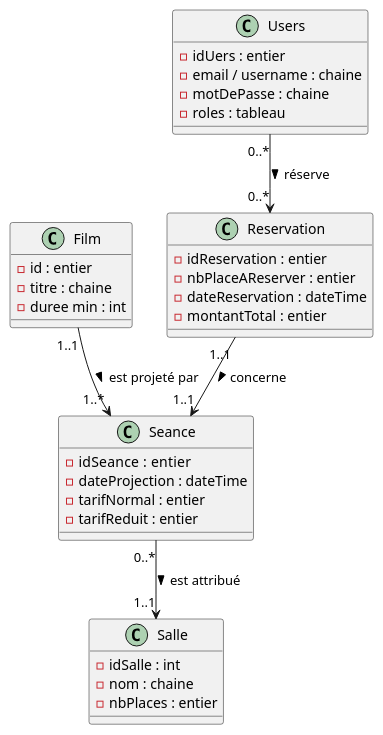
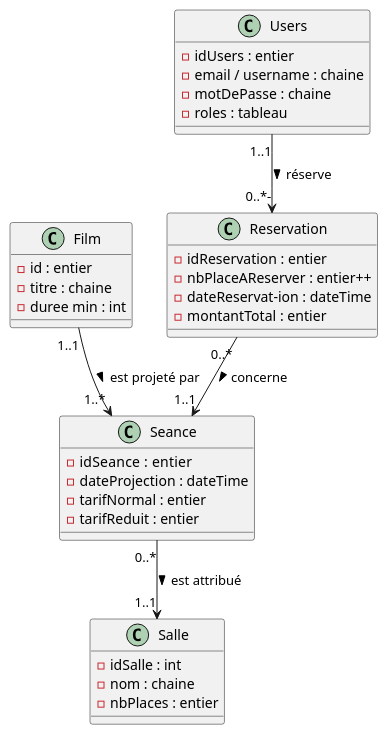
The diagram in documentation/diagramme_de_classe.puml (fadel-amar/Api_cinema), drawn with PlantUML before and after one commit. The commit also changed other lines of this file and 16 other files, not shown here.

```diff
--- a/documentation/diagramme_de_classe.puml
+++ b/documentation/diagramme_de_classe.puml
@@ -1,46 +1,47 @@
 @startuml
 'https://plantuml.com/class-diagram
 'skinparam classAttributeIconSize 0
 
 
 Class Salle {
 - idSalle : int
 - nom : chaine
 - nbPlaces : entier
 }
 
 
 Class Seance {
 - idSeance  : entier
 - dateProjection : dateTime
 - tarifNormal : entier
 - tarifReduit : entier
 }
 
 
 Class Film {
 - id : entier
 - titre : chaine
 - duree min : int
 }
 
 Class Users {
-- idUers : entier
+- idUsers : entier
 - email / username : chaine
 - motDePasse : chaine
 - roles : tableau
 }
+
 Class Reservation {
 - idReservation : entier
-- nbPlaceAReserver : entier
-- dateReservation : dateTime
+- nbPlaceAReserver : entier++
+- dateReservat-ion : dateTime
 - montantTotal : entier
 }
 
 
 
 Seance "0..*" --> "1..1" Salle : est attribué >
 Film "1..1" --> "1..*" Seance : est projeté par >
-Users "0..*" --> "0..*" Reservation : réserve >
-Reservation "1..1" --> "1..1" Seance : concerne >
+Users "1..1" --> "0..*-" Reservation : réserve >
+Reservation "0..*" --> "1..1" Seance : concerne >
 @enduml
```
